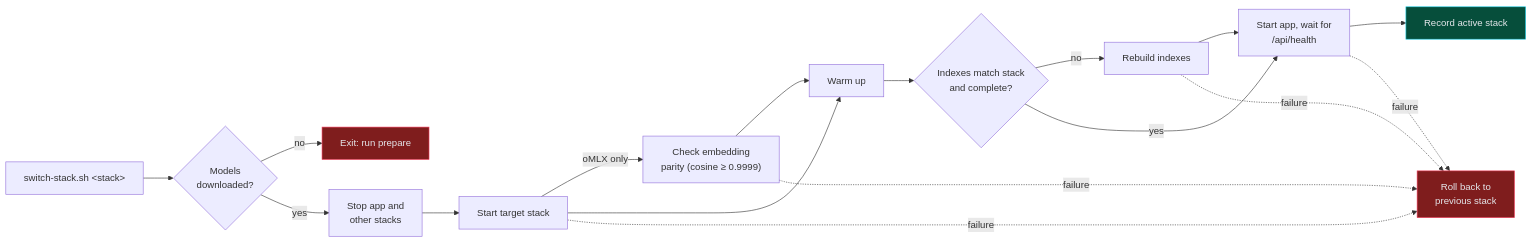
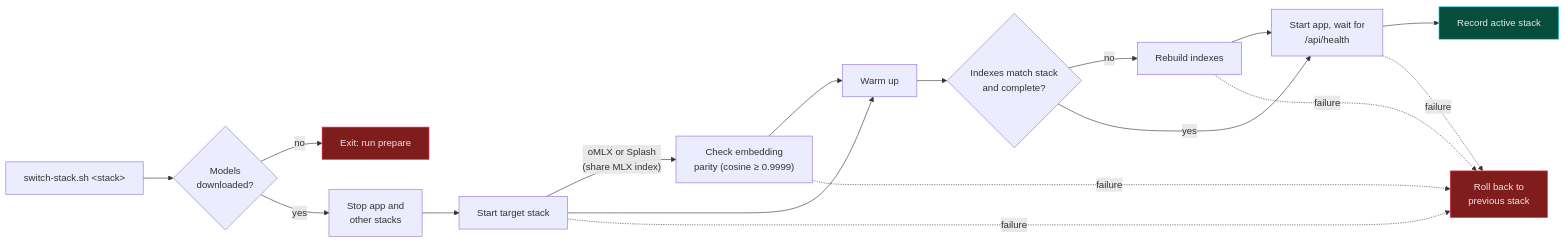
Before and after one commit to sebdallais-git/PharmaCyberLLM: the first of 5 diagrams in README.md, drawn with Mermaid. The commit also changed other lines of this file and 1 other file, not shown here.

First line of the commit message:
docs: document splash as the fourth stack

````diff
--- a/README.md
+++ b/README.md
@@ -127,23 +134,23 @@
 ```mermaid
 flowchart LR
     A["switch-stack.sh &lt;stack&gt;"] --> B{"Models<br/>downloaded?"}
     B -- no --> X["Exit: run prepare"]
     B -- yes --> C["Stop app and<br/>other stacks"]
     C --> D["Start target stack"]
-    D -- "oMLX only" --> P["Check embedding<br/>parity (cosine ≥ 0.9999)"]
+    D -- "oMLX or Splash<br/>(share MLX index)" --> P["Check embedding<br/>parity (cosine ≥ 0.9999)"]
     D --> W["Warm up"]
     P --> W
     W --> E{"Indexes match stack<br/>and complete?"}
     E -- no --> F["Rebuild indexes"]
     E -- yes --> G["Start app, wait for<br/>/api/health"]
     F --> G
     G --> H["Record active stack"]
     D -. failure .-> R["Roll back to<br/>previous stack"]
     P -. failure .-> R
     F -. failure .-> R
     G -. failure .-> R
 
     style H fill:#064e3b,stroke:#22d3ee,color:#e5e7eb
     style R fill:#7f1d1d,stroke:#f43f5e,color:#e5e7eb
     style X fill:#7f1d1d,stroke:#f43f5e,color:#e5e7eb
 ```
````
